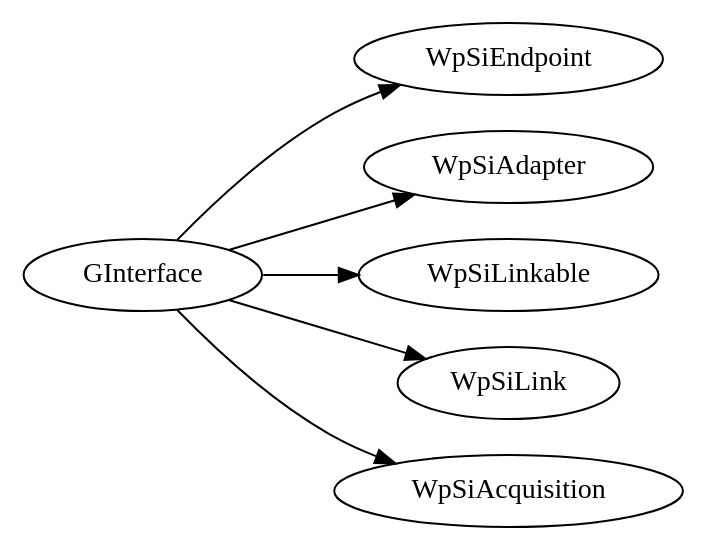
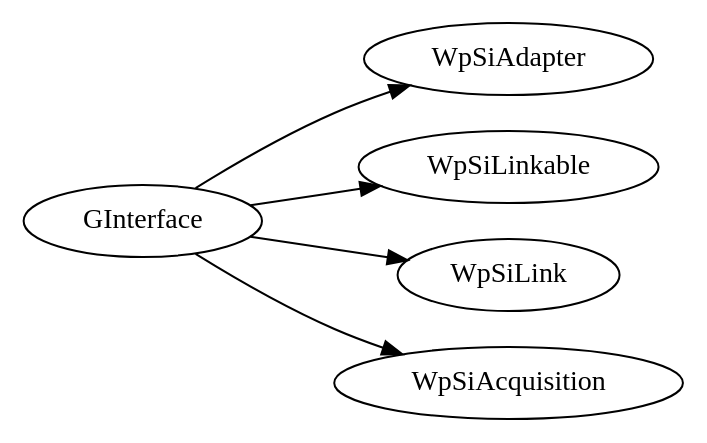
The diagram in docs/rst/c_api/si_interfaces_api.rst (PipeWire/wireplumber), drawn with Graphviz before and after one commit. The commit also changed other lines of this file and 20 other files, not shown here.

```diff
--- a/docs/rst/c_api/si_interfaces_api.rst
+++ b/docs/rst/c_api/si_interfaces_api.rst
@@ -5,11 +5,10 @@
 .. graphviz::
   :align: center
 
    digraph inheritance {
       rankdir=LR;
-      GInterface -> WpSiEndpoint;
       GInterface -> WpSiAdapter;
       GInterface -> WpSiLinkable;
       GInterface -> WpSiLink;
       GInterface -> WpSiAcquisition;
    }
```
